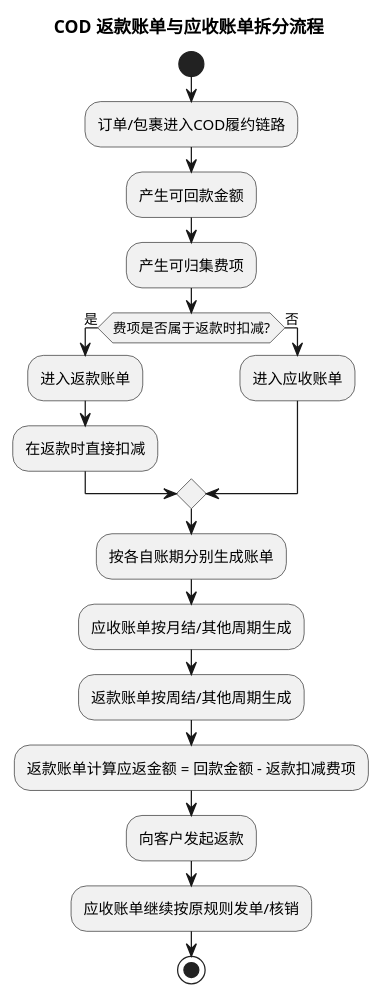
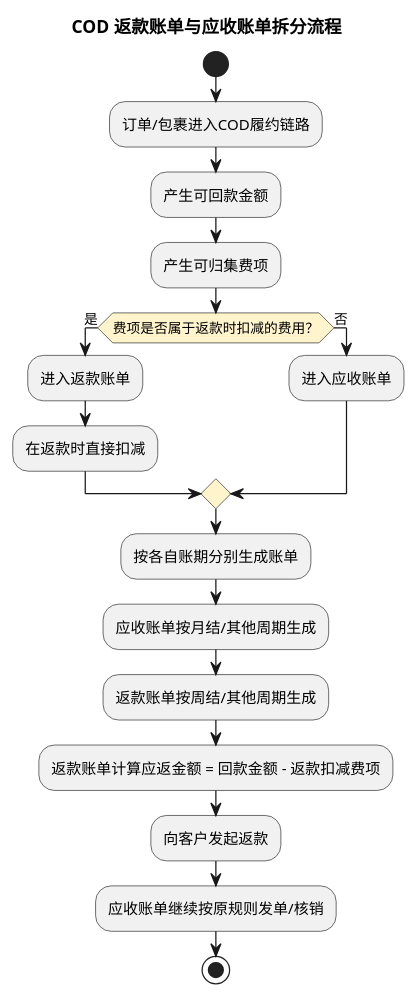
The diagram in product-caliber/bms/prd/reference/bms-cod-refund-bill-design.md (jack888332/projects-doc), drawn with PlantUML before and after one commit. The commit also changed 2 other files, not shown here.

Commit message:
整合和重构【账单生成/重算机制】章节，从必经环节链路到各环节细化描述

````diff
--- a/product-caliber/bms/prd/reference/bms-cod-refund-bill-design.md
+++ b/product-caliber/bms/prd/reference/bms-cod-refund-bill-design.md
@@ -95,27 +95,28 @@
 ```plantuml
 @startuml
 title COD 返款账单与应收账单拆分流程
 skinparam DefaultTextAlignment center
+skinparam activityDiamondBackgroundColor #FFF4CC
 
 start
 :订单/包裹进入COD履约链路;
 :产生可回款金额;
 :产生可归集费项;
 
-if (费项是否属于返款时扣减?) then (是)
+if (费项是否属于返款时扣减的费用？) then (是)
   :进入返款账单;
   :在返款时直接扣减;
 else (否)
   :进入应收账单;
 endif
 
 :按各自账期分别生成账单;
 :应收账单按月结/其他周期生成;
 :返款账单按周结/其他周期生成;
 
 :返款账单计算应返金额 = 回款金额 - 返款扣减费项;
 :向客户发起返款;
 :应收账单继续按原规则发单/核销;
 stop
 @enduml
 ```
````
